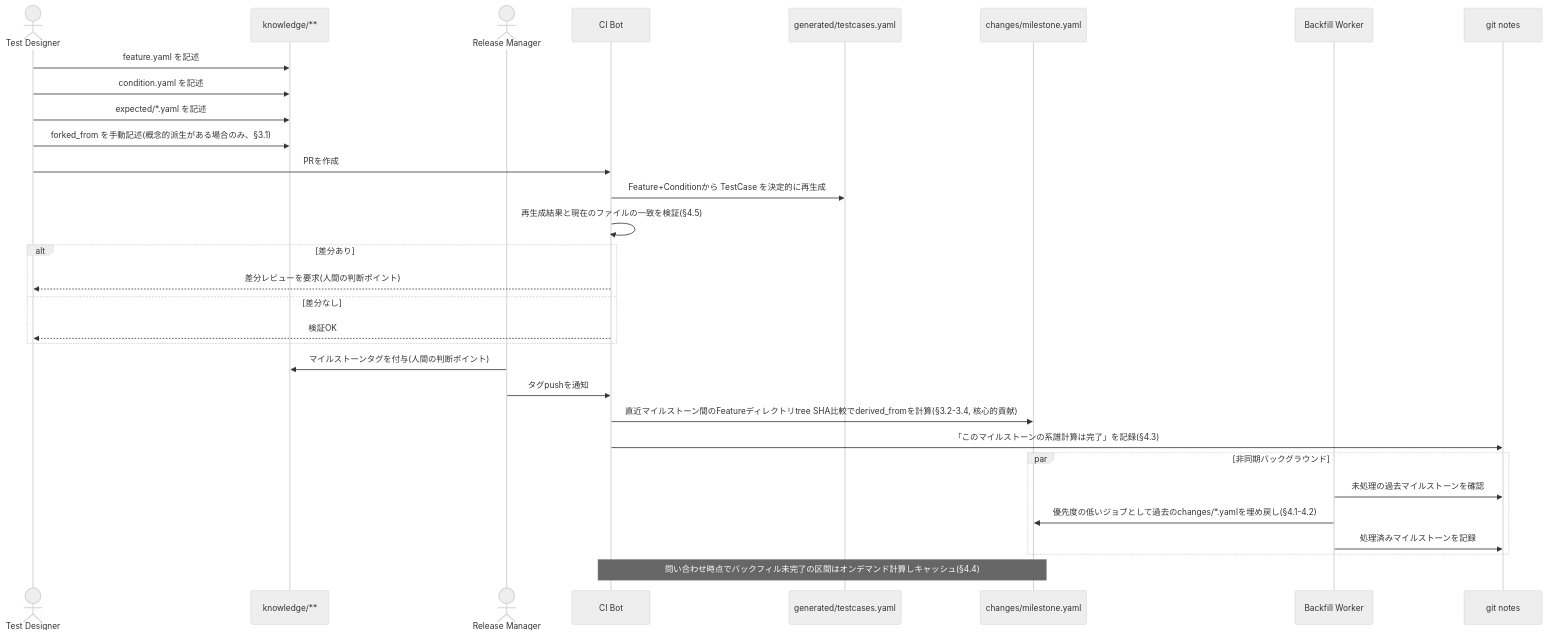
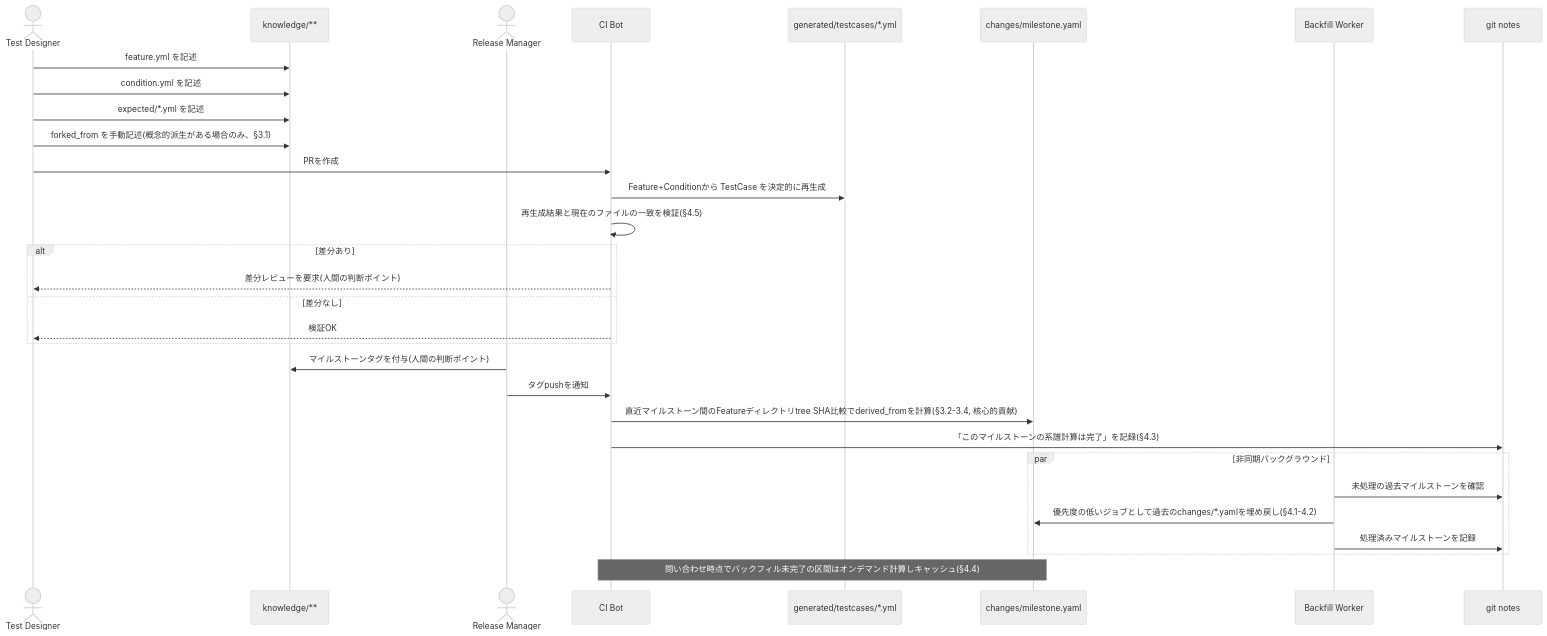
The first of 2 diagrams in docs/product-operation.md (markharness/markharness), drawn with Mermaid (neutral theme) before and after one commit. The commit also changed other lines of this file and 2 other files, not shown here.

````diff
--- a/docs/product-operation.md
+++ b/docs/product-operation.md
@@ -7,39 +7,39 @@
 ```mermaid
 sequenceDiagram
     actor TD as Test Designer
     participant KN as knowledge/**
     actor RM as Release Manager
     participant CI as CI Bot
-    participant GEN as generated/testcases.yaml
+    participant GEN as generated/testcases/*.yml
     participant CH as changes/milestone.yaml
     participant BF as Backfill Worker
     participant NOTES as git notes
 
-    TD->>KN: feature.yaml を記述
-    TD->>KN: condition.yaml を記述
-    TD->>KN: expected/*.yaml を記述
+    TD->>KN: feature.yml を記述
+    TD->>KN: condition.yml を記述
+    TD->>KN: expected/*.yml を記述
     TD->>KN: forked_from を手動記述(概念的派生がある場合のみ、§3.1)
     TD->>CI: PRを作成
 
     CI->>GEN: Feature+Conditionから TestCase を決定的に再生成
     CI->>CI: 再生成結果と現在のファイルの一致を検証(§4.5)
     alt 差分あり
         CI-->>TD: 差分レビューを要求(人間の判断ポイント)
     else 差分なし
         CI-->>TD: 検証OK
     end
 
     RM->>KN: マイルストーンタグを付与(人間の判断ポイント)
     RM->>CI: タグpushを通知
 
     CI->>CH: 直近マイルストーン間のFeatureディレクトリtree SHA比較でderived_fromを計算(§3.2-3.4, 核心的貢献)
     CI->>NOTES: 「このマイルストーンの系譜計算は完了」を記録(§4.3)
 
     par 非同期バックグラウンド
         BF->>NOTES: 未処理の過去マイルストーンを確認
         BF->>CH: 優先度の低いジョブとして過去のchanges/*.yamlを埋め戻し(§4.1-4.2)
         BF->>NOTES: 処理済みマイルストーンを記録
     end
 
     Note over CI,CH: 問い合わせ時点でバックフィル未完了の区間はオンデマンド計算しキャッシュ(§4.4)
 ```
````
